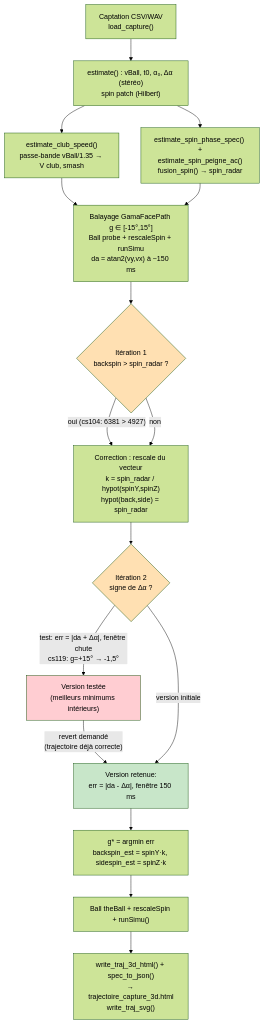
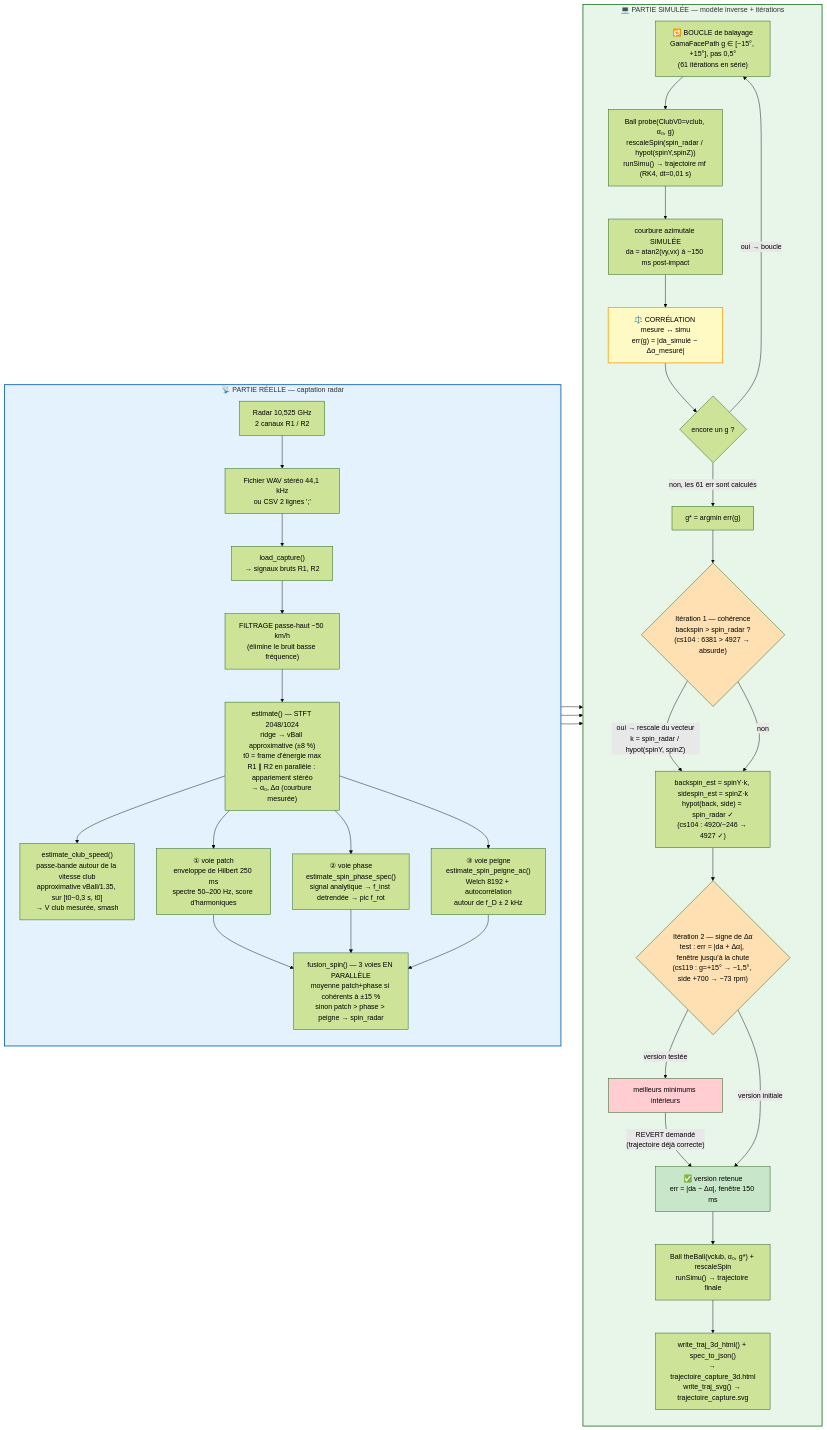
Before and after one commit to philippematthieu/CaptureGolfBallRadar: the diagram in Cpp/README.md, drawn with Mermaid (forest theme). The commit also changed other lines of this file, not shown here.

Commit message:
Cpp/README Genèse §3 : schéma Mermaid en deux sous-graphes (RÉEL bleu : radar → WAV/CSV → filtrage → estimate/club speed/3 voies spin en parallèle → fusion ; SIMULÉ vert : boucle balayage GamaFacePath → runSimu → corrélation err=|da−Δα| → itérations 1 et 2) avec légende des couleurs
Generated by Mistral Vibe.

````diff
--- a/Cpp/README.md
+++ b/Cpp/README.md
@@ -216,22 +218,48 @@
 ```mermaid
-flowchart TD
-    A["Captation CSV/WAV<br/>load_capture()"] --> B["estimate() : vBall, t0, α₀, Δα (stéréo)<br/>spin patch (Hilbert)"]
-    B --> C["estimate_club_speed()<br/>passe-bande vBall/1.35 → V club, smash"]
-    B --> D["estimate_spin_phase_spec() +<br/>estimate_spin_peigne_ac()<br/>fusion_spin() → spin_radar"]
-    C --> E["Balayage GamaFacePath g ∈ [-15°,15°]<br/>Ball probe + rescaleSpin + runSimu<br/>da = atan2(vy,vx) à ~150 ms"]
-    D --> E
-    E --> F{"Itération 1<br/>backspin > spin_radar ?"}
-    F -- "oui (cs104: 6381 > 4927)" --> G["Correction : rescale du vecteur<br/>k = spin_radar / hypot(spinY,spinZ)<br/>hypot(back,side) = spin_radar"]
-    F -- "non" --> G
-    G --> H{"Itération 2<br/>signe de Δα ?"}
-    H -- "test: err = |da + Δα|, fenêtre chute<br/>cs119: g=+15° → -1,5°" --> I["Version testée<br/>(meilleurs minimums intérieurs)"]
-    I -- "revert demandé<br/>(trajectoire déjà correcte)" --> J["Version retenue:<br/>err = |da - Δα|, fenêtre 150 ms"]
-    H -- "version initiale" --> J
-    J --> K["g* = argmin err<br/>backspin_est = spinY·k, sidespin_est = spinZ·k"]
-    K --> L["Ball theBall + rescaleSpin + runSimu()"]
-    L --> M["write_traj_3d_html() + spec_to_json()<br/>→ trajectoire_capture_3d.html<br/>write_traj_svg()"]
-    style F fill:#ffe0b2
-    style H fill:#ffe0b2
-    style I fill:#ffcdd2
-    style J fill:#c8e6c9
+flowchart LR
+    subgraph REAL["📡 PARTIE RÉELLE — captation radar"]
+        direction TB
+        R["Radar 10,525 GHz<br/>2 canaux R1 / R2"] --> W["Fichier WAV stéréo 44,1 kHz<br/>ou CSV 2 lignes ';'"]
+        W --> LC["load_capture()<br/>→ signaux bruts R1, R2"]
+        LC --> HP["FILTRAGE passe-haut ~50 km/h<br/>(élimine le bruit basse fréquence)"]
+        HP --> EST["estimate() — STFT 2048/1024<br/>ridge → vBall approximative (±8 %)<br/>t0 = frame d'énergie max<br/>R1 ∥ R2 en parallèle : appariement stéréo<br/>→ α₀, Δα (courbure mesurée)"]
+        EST --> VCLUB["estimate_club_speed()<br/>passe-bande autour de la vitesse club<br/>approximative vBall/1.35, sur [t0−0,3 s, t0]<br/>→ V club mesurée, smash"]
+        EST --> S1 & S2 & S3
+        S1["① voie patch<br/>enveloppe de Hilbert 250 ms<br/>spectre 50–200 Hz, score d'harmoniques"]
+        S2["② voie phase<br/>estimate_spin_phase_spec()<br/>signal analytique → f_inst detrendée → pic f_rot"]
+        S3["③ voie peigne<br/>estimate_spin_peigne_ac()<br/>Welch 8192 + autocorrélation<br/>autour de f_D ± 2 kHz"]
+        S1 & S2 & S3 --> FUS["fusion_spin() — 3 voies EN PARALLÈLE<br/>moyenne patch+phase si cohérents à ±15 %<br/>sinon patch > phase > peigne → spin_radar"]
+    end
+
+    subgraph SIMU["💻 PARTIE SIMULÉE — modèle inverse + itérations"]
+        direction TB
+        SWEEP["🔁 BOUCLE de balayage<br/>GamaFacePath g ∈ [−15°, +15°], pas 0,5°<br/>(61 itérations en série)"]
+        SWEEP --> PROBE["Ball probe(ClubV0=vclub, α₀, g)<br/>rescaleSpin(spin_radar / hypot(spinY,spinZ))<br/>runSimu() → trajectoire mf (RK4, dt=0,01 s)"]
+        PROBE --> DA["courbure azimutale SIMULÉE<br/>da = atan2(vy,vx) à ~150 ms post-impact"]
+        DA --> CORR["⚖️ CORRÉLATION mesure ↔ simu<br/>err(g) = |da_simulé − Δα_mesuré|"]
+        CORR --> NEXT{"encore un g ?"}
+        NEXT -- "oui → boucle" --> SWEEP
+        NEXT -- "non, les 61 err sont calculés" --> G["g* = argmin err(g)"]
+        G --> IT1{"Itération 1 — cohérence<br/>backspin > spin_radar ?<br/>(cs104 : 6381 > 4927 → absurde)"}
+        IT1 -- "oui → rescale du vecteur<br/>k = spin_radar / hypot(spinY, spinZ)" --> VEC["backspin_est = spinY·k, sidespin_est = spinZ·k<br/>hypot(back, side) = spin_radar ✓<br/>(cs104 : 4920/−246 → 4927 ✓)"]
+        IT1 -- "non" --> VEC
+        VEC --> IT2{"Itération 2 — signe de Δα<br/>test : err = |da + Δα|, fenêtre jusqu'à la chute<br/>(cs119 : g=+15° → −1,5°, side +700 → −73 rpm)"}
+        IT2 -- "version testée" --> T["meilleurs minimums intérieurs"]
+        T -- "REVERT demandé<br/>(trajectoire déjà correcte)" --> RET["✅ version retenue<br/>err = |da − Δα|, fenêtre 150 ms"]
+        IT2 -- "version initiale" --> RET
+        RET --> FINAL["Ball theBall(vclub, α₀, g*) + rescaleSpin<br/>runSimu() → trajectoire finale"]
+        FINAL --> OUT["write_traj_3d_html() + spec_to_json()<br/>→ trajectoire_capture_3d.html<br/>write_traj_svg() → trajectoire_capture.svg"]
+    end
+
+    FUS --> SWEEP
+    VCLUB --> SWEEP
+    EST --> SWEEP
+
+    style REAL fill:#e3f2fd,stroke:#1565c0,stroke-width:2px
+    style SIMU fill:#e8f5e9,stroke:#2e7d32,stroke-width:2px
+    style CORR fill:#fff9c4,stroke:#f9a825,stroke-width:2px
+    style IT1 fill:#ffe0b2
+    style IT2 fill:#ffe0b2
+    style T fill:#ffcdd2
+    style RET fill:#c8e6c9
 ```
````
